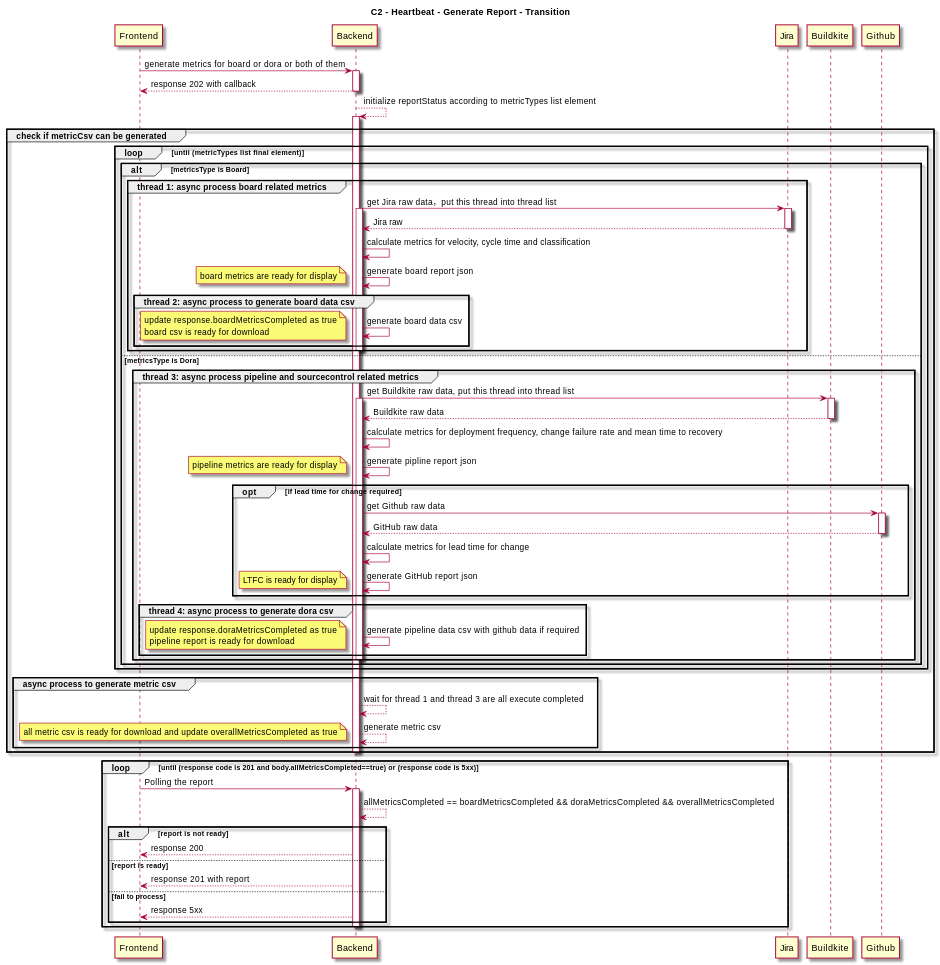
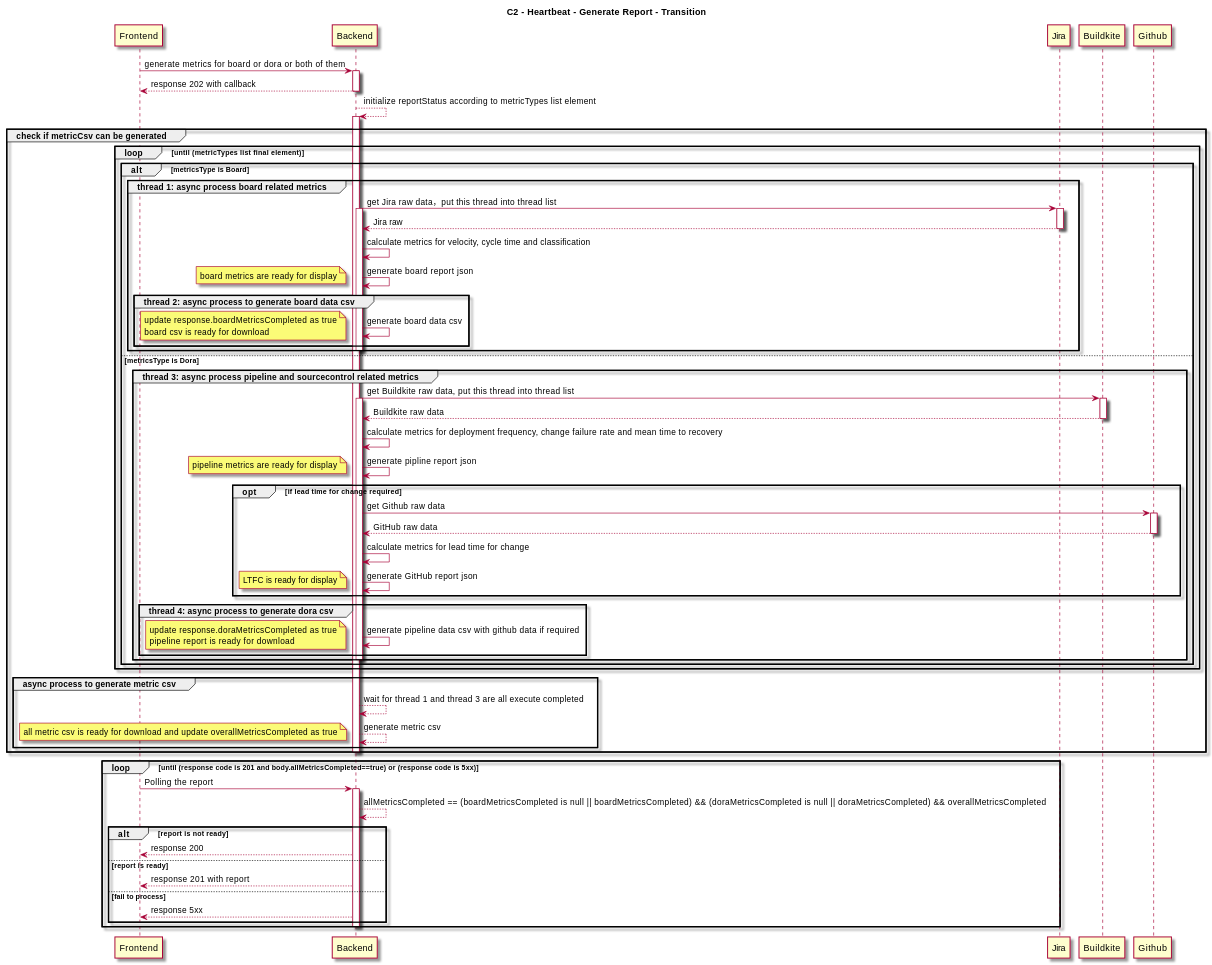
One commit to au-heartbeat/Heartbeat changed the second of 2 diagrams in docs/src/content/docs/en/designs/optimize-generate-report.mdx. Above: the diagram before and after it, drawn with PlantUML.

Commit message:
ADM-893:[docs] docs: update description for allMetricCompleted

```diff
--- a/docs/src/content/docs/en/designs/optimize-generate-report.mdx
+++ b/docs/src/content/docs/en/designs/optimize-generate-report.mdx
@@ -185,7 +185,7 @@
 loop until (response code is 201 and body.allMetricsCompleted==true) or (response code is 5xx)
     Frontend -> Backend: Polling the report
     activate Backend
-    Backend --> Backend: allMetricsCompleted == boardMetricsCompleted && doraMetricsCompleted && overallMetricsCompleted
+    Backend --> Backend: allMetricsCompleted == (boardMetricsCompleted is null || boardMetricsCompleted) && (doraMetricsCompleted is null || doraMetricsCompleted) && overallMetricsCompleted
     alt report is not ready
         Backend --> Frontend: response 200
     else report is ready
```
